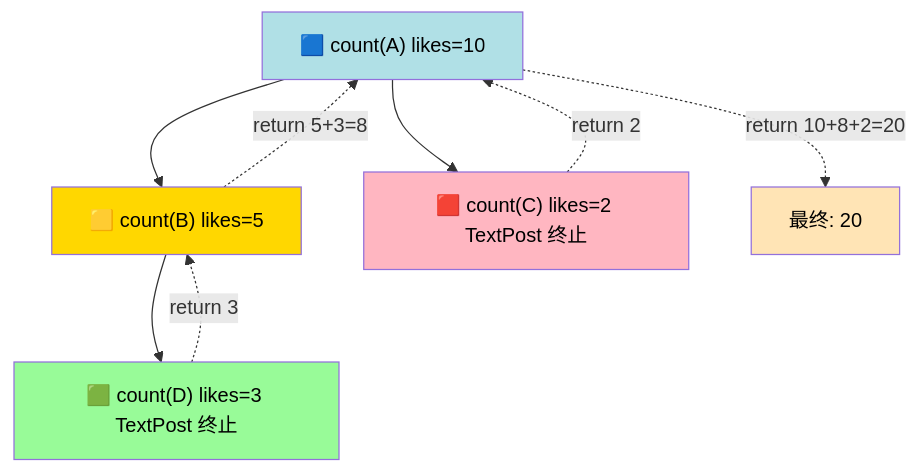
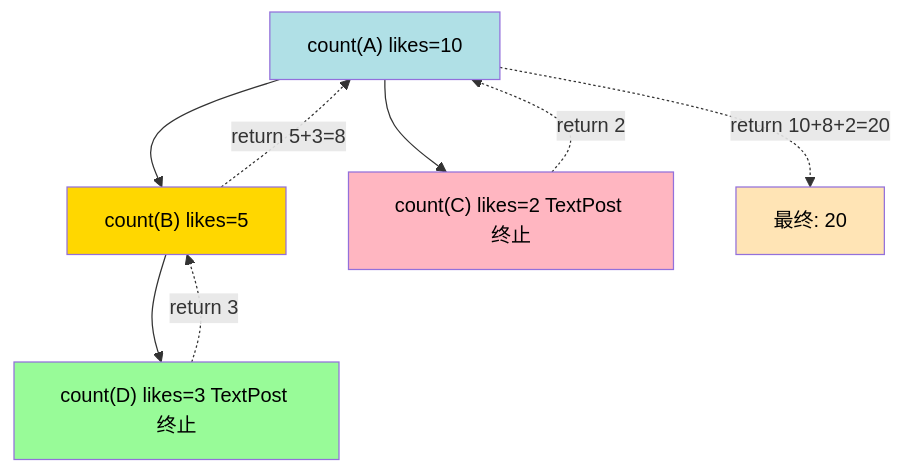
One commit to Takalahiro/obsidian-vault changed diagram 12 of 16 in INFO1110/assessment/INFO 1110 ADVANCE ASSESSMENT.md. Above: the diagram before and after it, drawn with Mermaid. The commit also changed other lines of this file and 37 other files, not shown here.

````diff
--- a/INFO1110/assessment/INFO 1110 ADVANCE ASSESSMENT.md
+++ b/INFO1110/assessment/INFO 1110 ADVANCE ASSESSMENT.md
@@ -380,17 +380,17 @@
 ```mermaid
 flowchart TD
-    A["🟦 count(A) likes=10"] --> B["🟨 count(B) likes=5"]
-    A --> C["🟥 count(C) likes=2 TextPost 终止"]
-    B --> D["🟩 count(D) likes=3 TextPost 终止"]
-    
-    D -.->|"return 3"| B
-    B -.->|"return 5+3=8"| A
-    C -.->|"return 2"| A
-    A -.->|"return 10+8+2=20"| RESULT["最终: 20"]
+ A[" count(A) likes=10"] --> B[" count(B) likes=5"]
+ A --> C[" count(C) likes=2 TextPost 终止"]
+ B --> D[" count(D) likes=3 TextPost 终止"]
 
-    style A fill:#B0E0E6,color:#000
-    style B fill:#FFD700,color:#000
-    style C fill:#FFB6C1,color:#000
-    style D fill:#98FB98,color:#000
-    style RESULT fill:#FFE4B5,color:#000
+ D -.->|"return 3"| B
+ B -.->|"return 5+3=8"| A
+ C -.->|"return 2"| A
+ A -.->|"return 10+8+2=20"| RESULT["最终: 20"]
+
+ style A fill:#B0E0E6,color:#000
+ style B fill:#FFD700,color:#000
+ style C fill:#FFB6C1,color:#000
+ style D fill:#98FB98,color:#000
+ style RESULT fill:#FFE4B5,color:#000
 ```
````
